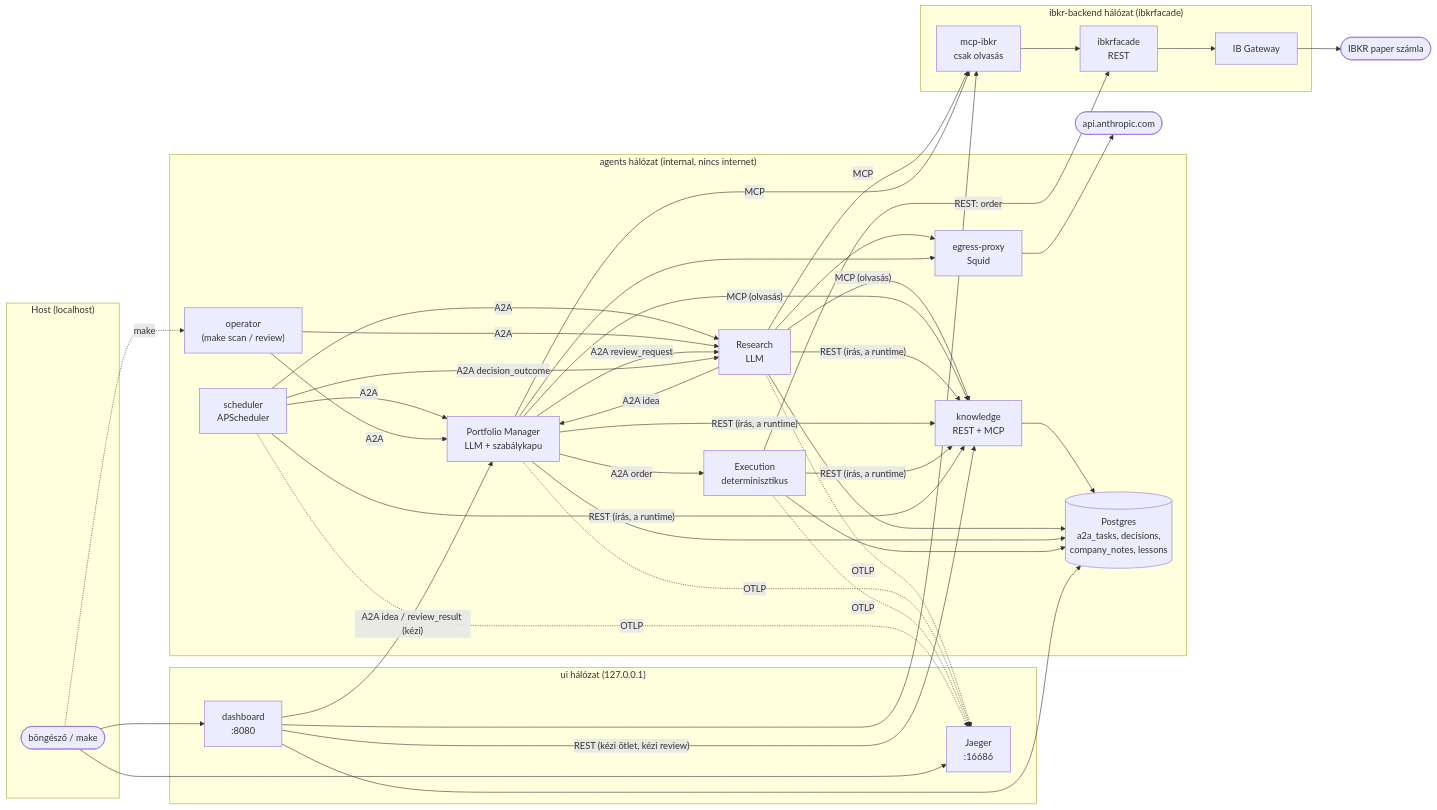
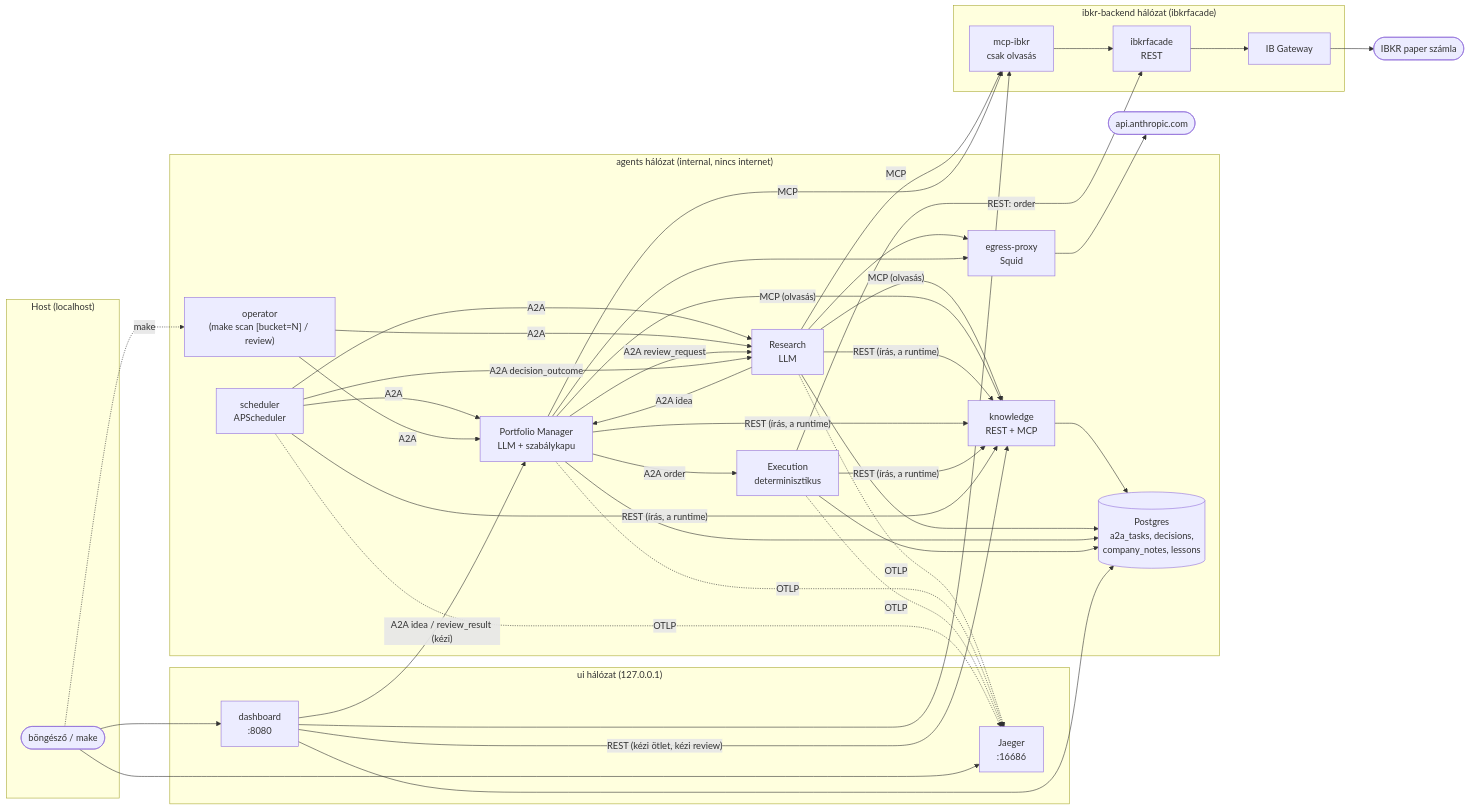
The second of 9 diagrams in README.md (medovarszki/auxin-agentic-investment-organization), drawn with Mermaid before and after one commit. The commit also changed other lines of this file and 9 other files, not shown here.

First line of the commit message:
Scan risk-bucket focus: make scan bucket=N and dashboard selector

````diff
--- a/README.md
+++ b/README.md
@@ -203,53 +204,53 @@
 ```mermaid
 flowchart LR
     subgraph host["Host (localhost)"]
         user(["böngésző / make"])
     end
 
     subgraph ui["ui hálózat (127.0.0.1)"]
         dashboard["dashboard<br/>:8080"]
         jaeger["Jaeger<br/>:16686"]
     end
 
     subgraph agents["agents hálózat (internal, nincs internet)"]
         scheduler["scheduler<br/>APScheduler"]
-        operator["operator<br/>(make scan / review)"]
+        operator["operator<br/>(make scan [bucket=N] / review)"]
         research["Research<br/>LLM"]
         pm["Portfolio Manager<br/>LLM + szabálykapu"]
         exec["Execution<br/>determinisztikus"]
         knowledge["knowledge<br/>REST + MCP"]
         postgres[("Postgres<br/>a2a_tasks, decisions,<br/>company_notes, lessons")]
         proxy["egress-proxy<br/>Squid"]
     end
 
     subgraph ibkr["ibkr-backend hálózat (ibkrfacade)"]
         mcp["mcp-ibkr<br/>csak olvasás"]
         facade["ibkrfacade<br/>REST"]
         gateway["IB Gateway"]
     end
 
     anthropic(["api.anthropic.com"])
     ib(["IBKR paper számla"])
 
     user --> dashboard & jaeger
     dashboard -- "A2A idea / review_result (kézi)" --> pm
     dashboard -- "REST (kézi ötlet, kézi review)" --> knowledge
     user -. make .-> operator
     scheduler -- A2A --> research & pm
     operator -- A2A --> research & pm
     research -- "A2A idea" --> pm
     pm -- "A2A review_request" --> research
     pm -- "A2A order" --> exec
     scheduler -- "A2A decision_outcome" --> research
     research & pm --> proxy --> anthropic
     research & pm -- MCP --> mcp
     research & pm -- "MCP (olvasás)" --> knowledge
     research & pm & exec & scheduler -- "REST (írás, a runtime)" --> knowledge
     knowledge --> postgres
     research & pm & exec --> postgres
     exec -- "REST: order" --> facade
     mcp --> facade --> gateway --> ib
     dashboard --> postgres
     dashboard --> mcp
     research & pm & exec & scheduler -. OTLP .-> jaeger
 ```
````
